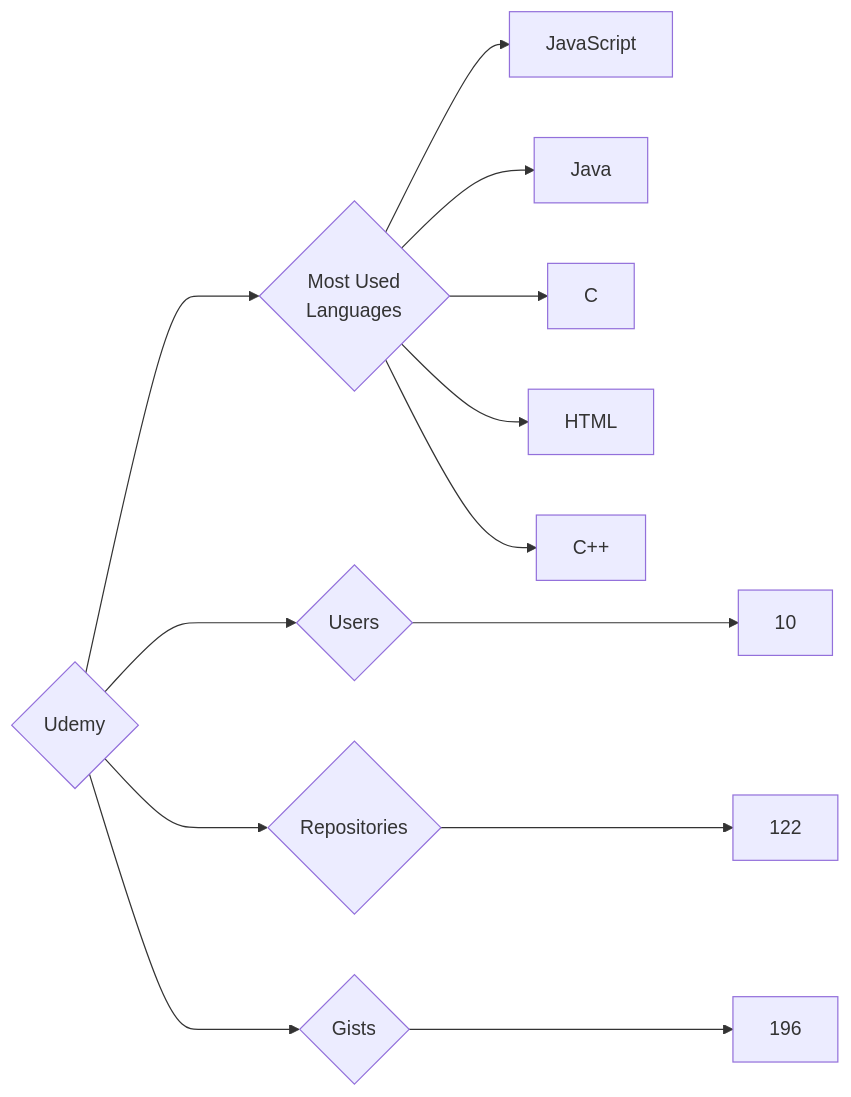
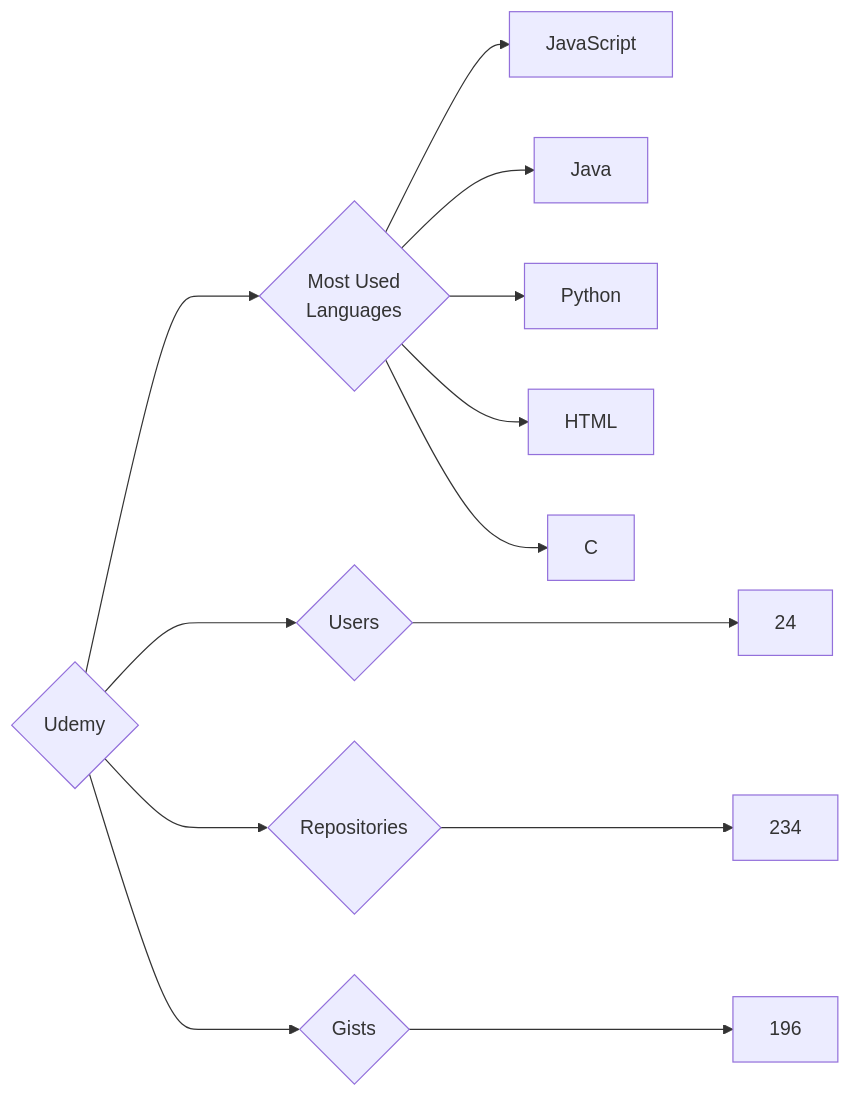
The diagram in targets/Udemy/README.md (trickest/insiders), drawn with Mermaid before and after one commit. The commit also changed 964 other files, not shown here.

````diff
--- a/targets/Udemy/README.md
+++ b/targets/Udemy/README.md
@@ -3,13 +3,13 @@
 ```mermaid
 graph LR
 COMPANY_NAME{Udemy}
-COMPANY_NAME ---> U{Users} ---> UN[10]
-COMPANY_NAME ---> R{Repositories} ---> RN[122]
+COMPANY_NAME ---> U{Users} ---> UN[24]
+COMPANY_NAME ---> R{Repositories} ---> RN[234]
 COMPANY_NAME ---> G{Gists} ---> GN[196]
 COMPANY_NAME ---> ML{Most Used<br>Languages}
 ML --> JavaScript[JavaScript]
 ML --> Java[Java]
+ML --> Python[Python]
+ML --> HTML[HTML]
 ML --> C[C]
-ML --> HTML[HTML]
-ML --> C++[C++]
 ```
````
